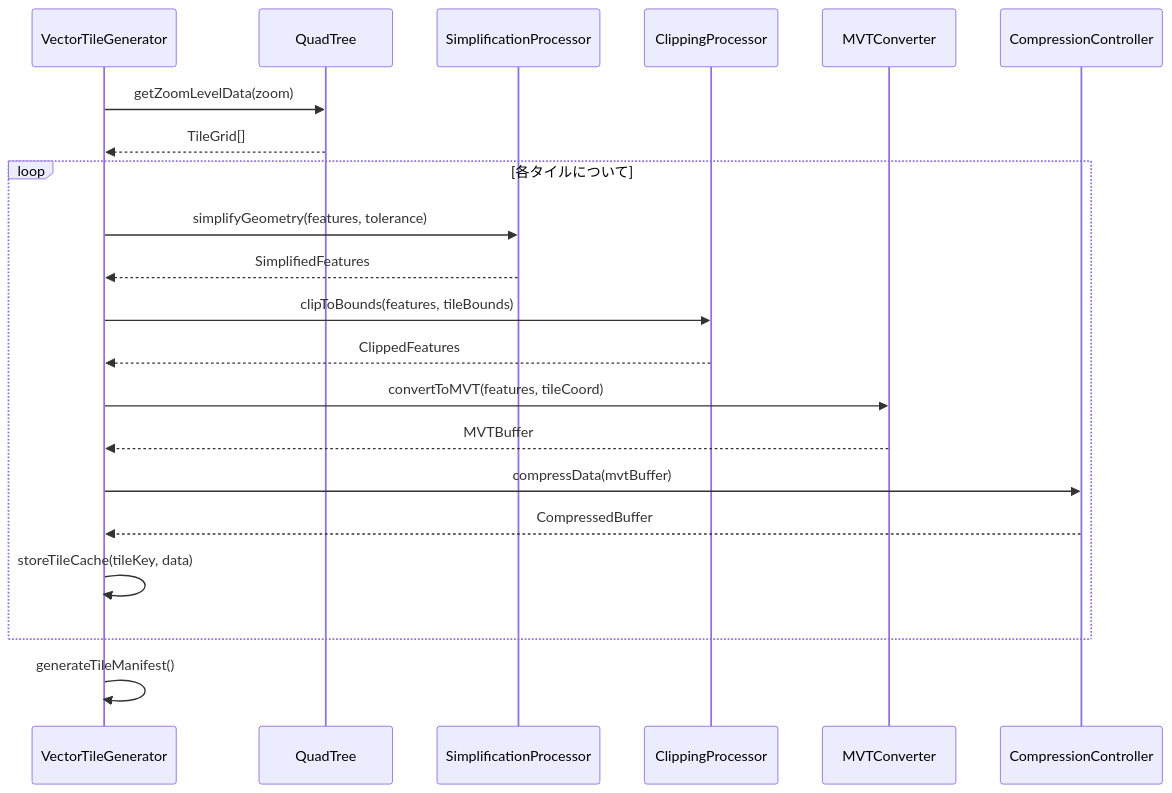
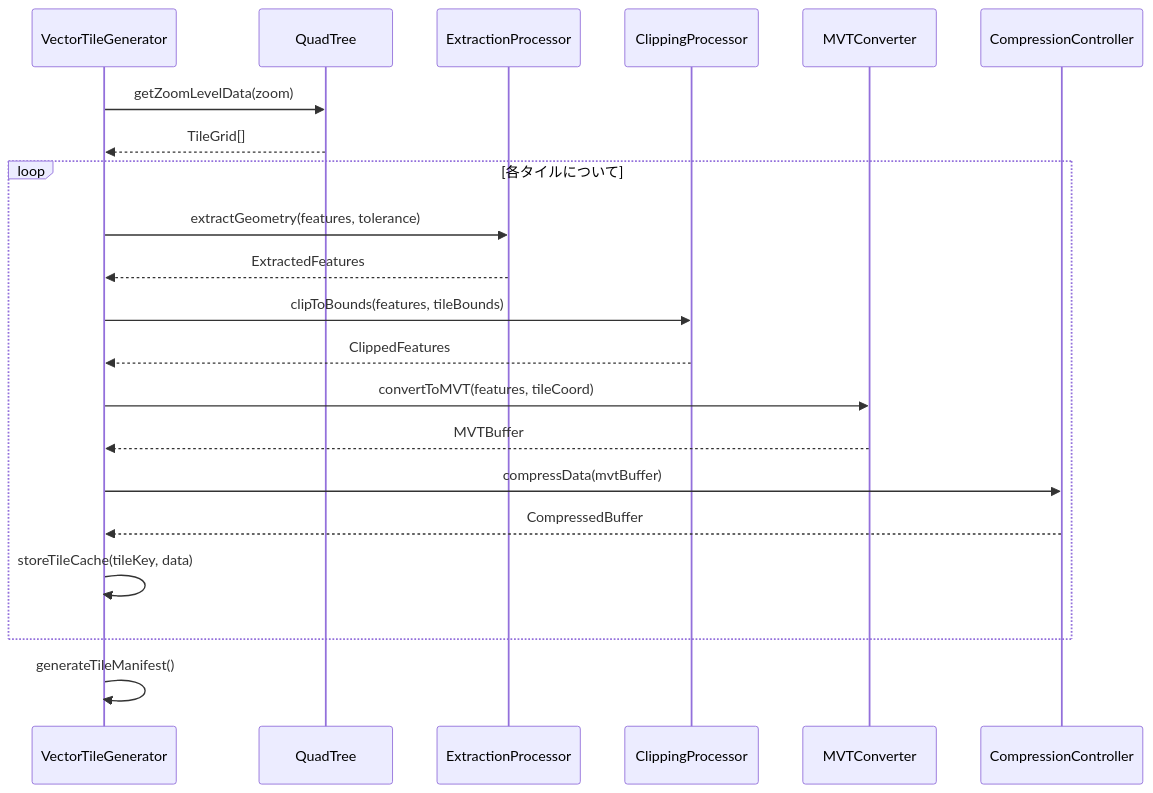
One commit to kubohiroya/hierarchidb changed the sixth of 12 diagrams in docs/design/plugin-shapes/dataflow.md. Above: the diagram before and after it, drawn with Mermaid. The commit also changed 185 other files, not shown here.

First line of the commit message:
chore: remove deprecated geometry simplification and recovery logic

````diff
--- a/docs/design/plugin-shapes/dataflow.md
+++ b/docs/design/plugin-shapes/dataflow.md
@@ -198,30 +198,30 @@
 ```mermaid
 sequenceDiagram
     participant VG as VectorTileGenerator
     participant QT as QuadTree
-    participant SP as SimplificationProcessor
+    participant SP as ExtractionProcessor
     participant CP as ClippingProcessor
     participant MC as MVTConverter
     participant CC as CompressionController
     
     VG->>QT: getZoomLevelData(zoom)
     QT-->>VG: TileGrid[]
     
     loop 各タイルについて
-        VG->>SP: simplifyGeometry(features, tolerance)
-        SP-->>VG: SimplifiedFeatures
+        VG->>SP: extractGeometry(features, tolerance)
+        SP-->>VG: ExtractedFeatures
         
         VG->>CP: clipToBounds(features, tileBounds)
         CP-->>VG: ClippedFeatures
         
         VG->>MC: convertToMVT(features, tileCoord)
         MC-->>VG: MVTBuffer
         
         VG->>CC: compressData(mvtBuffer)
         CC-->>VG: CompressedBuffer
         
         VG->>VG: storeTileCache(tileKey, data)
     end
     
     VG->>VG: generateTileManifest()
 ```
````
